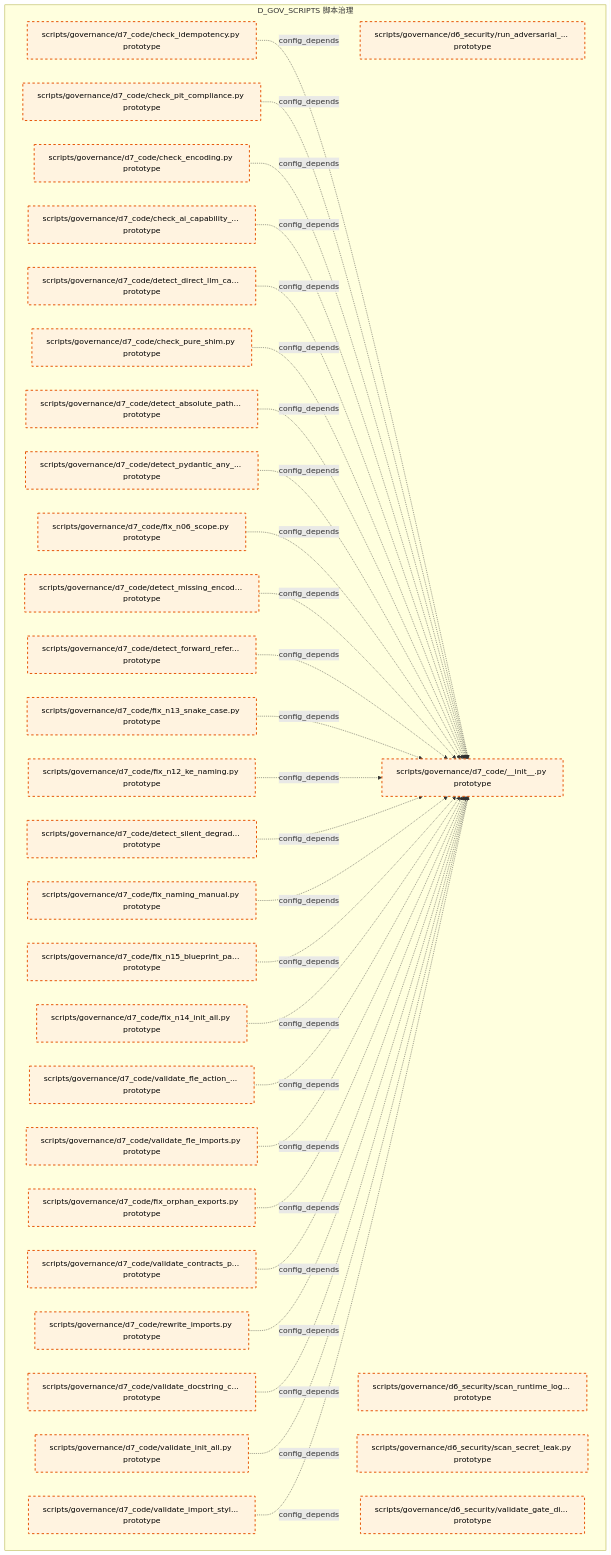
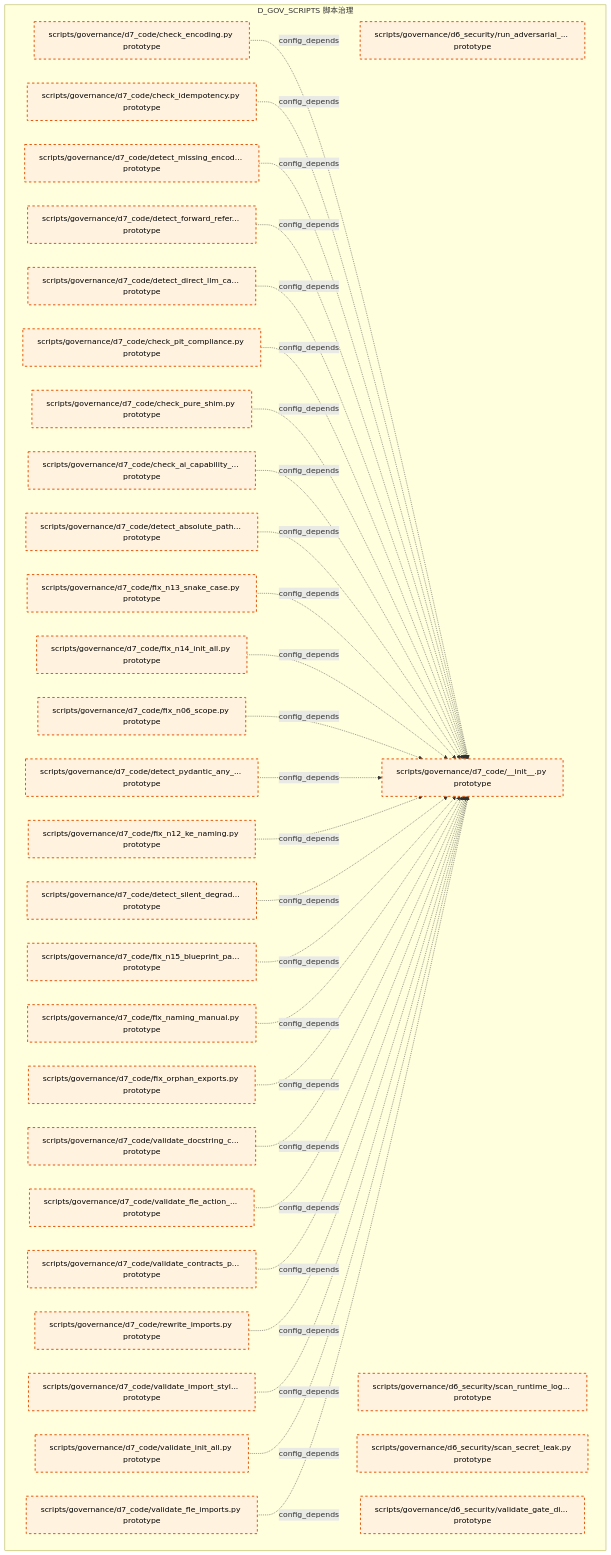
One commit to xuanFelixVan/ZephyrAlpha changed the tenth of 15 diagrams in docs/02_enterprise_architecture/02_domain_architecture_docs/39_d_gov_scripts.md. Above: the diagram before and after it, drawn with Mermaid. The commit also changed other lines of this file and 105 other files, not shown here.

````diff
--- a/docs/02_enterprise_architecture/02_domain_architecture_docs/39_d_gov_scripts.md
+++ b/docs/02_enterprise_architecture/02_domain_architecture_docs/39_d_gov_scripts.md
@@ -701,65 +697,65 @@
 ```mermaid
 graph TD
     subgraph D_GOV_SCRIPTS["D_GOV_SCRIPTS 脚本治理"]
         scripts_governance_d6_security_run_adversarial_checks_py["scripts/governance/d6_security/run_adversarial_... prototype"]
         scripts_governance_d6_security_scan_runtime_log_secrets_py["scripts/governance/d6_security/scan_runtime_log... prototype"]
         scripts_governance_d6_security_scan_secret_leak_py["scripts/governance/d6_security/scan_secret_leak.py prototype"]
         scripts_governance_d6_security_validate_gate_discipline_py["scripts/governance/d6_security/validate_gate_di... prototype"]
         scripts_governance_d7_code_init_py["scripts/governance/d7_code/__init__.py prototype"]
         scripts_governance_d7_code_check_ai_capability_boundary_py["scripts/governance/d7_code/check_ai_capability_... prototype"]
         scripts_governance_d7_code_check_encoding_py["scripts/governance/d7_code/check_encoding.py prototype"]
         scripts_governance_d7_code_check_idempotency_py["scripts/governance/d7_code/check_idempotency.py prototype"]
         scripts_governance_d7_code_check_pit_compliance_py["scripts/governance/d7_code/check_pit_compliance.py prototype"]
         scripts_governance_d7_code_check_pure_shim_py["scripts/governance/d7_code/check_pure_shim.py prototype"]
         scripts_governance_d7_code_detect_absolute_path_hardcoding_py["scripts/governance/d7_code/detect_absolute_path... prototype"]
         scripts_governance_d7_code_detect_direct_llm_calls_py["scripts/governance/d7_code/detect_direct_llm_ca... prototype"]
         scripts_governance_d7_code_detect_forward_reference_py["scripts/governance/d7_code/detect_forward_refer... prototype"]
         scripts_governance_d7_code_detect_missing_encoding_py["scripts/governance/d7_code/detect_missing_encod... prototype"]
         scripts_governance_d7_code_detect_pydantic_any_fields_py["scripts/governance/d7_code/detect_pydantic_any_... prototype"]
         scripts_governance_d7_code_detect_silent_degradation_py["scripts/governance/d7_code/detect_silent_degrad... prototype"]
         scripts_governance_d7_code_fix_n06_scope_py["scripts/governance/d7_code/fix_n06_scope.py prototype"]
         scripts_governance_d7_code_fix_n12_ke_naming_py["scripts/governance/d7_code/fix_n12_ke_naming.py prototype"]
         scripts_governance_d7_code_fix_n13_snake_case_py["scripts/governance/d7_code/fix_n13_snake_case.py prototype"]
         scripts_governance_d7_code_fix_n14_init_all_py["scripts/governance/d7_code/fix_n14_init_all.py prototype"]
         scripts_governance_d7_code_fix_n15_blueprint_path_py["scripts/governance/d7_code/fix_n15_blueprint_pa... prototype"]
         scripts_governance_d7_code_fix_naming_manual_py["scripts/governance/d7_code/fix_naming_manual.py prototype"]
         scripts_governance_d7_code_fix_orphan_exports_py["scripts/governance/d7_code/fix_orphan_exports.py prototype"]
         scripts_governance_d7_code_rewrite_imports_py["scripts/governance/d7_code/rewrite_imports.py prototype"]
         scripts_governance_d7_code_validate_contracts_purity_py["scripts/governance/d7_code/validate_contracts_p... prototype"]
         scripts_governance_d7_code_validate_docstring_coverage_py["scripts/governance/d7_code/validate_docstring_c... prototype"]
         scripts_governance_d7_code_validate_fle_action_metadata_py["scripts/governance/d7_code/validate_fle_action_... prototype"]
         scripts_governance_d7_code_validate_fle_imports_py["scripts/governance/d7_code/validate_fle_imports.py prototype"]
         scripts_governance_d7_code_validate_import_style_py["scripts/governance/d7_code/validate_import_styl... prototype"]
         scripts_governance_d7_code_validate_init_all_py["scripts/governance/d7_code/validate_init_all.py prototype"]
     end
+    scripts_governance_d7_code_check_encoding_py -.->|config_depends| scripts_governance_d7_code_init_py
     scripts_governance_d7_code_check_idempotency_py -.->|config_depends| scripts_governance_d7_code_init_py
-    scripts_governance_d7_code_check_pit_compliance_py -.->|config_depends| scripts_governance_d7_code_init_py
-    scripts_governance_d7_code_check_encoding_py -.->|config_depends| scripts_governance_d7_code_init_py
-    scripts_governance_d7_code_check_ai_capability_boundary_py -.->|config_depends| scripts_governance_d7_code_init_py
-    scripts_governance_d7_code_detect_direct_llm_calls_py -.->|config_depends| scripts_governance_d7_code_init_py
-    scripts_governance_d7_code_check_pure_shim_py -.->|config_depends| scripts_governance_d7_code_init_py
-    scripts_governance_d7_code_detect_absolute_path_hardcoding_py -.->|config_depends| scripts_governance_d7_code_init_py
-    scripts_governance_d7_code_detect_pydantic_any_fields_py -.->|config_depends| scripts_governance_d7_code_init_py
-    scripts_governance_d7_code_fix_n06_scope_py -.->|config_depends| scripts_governance_d7_code_init_py
     scripts_governance_d7_code_detect_missing_encoding_py -.->|config_depends| scripts_governance_d7_code_init_py
     scripts_governance_d7_code_detect_forward_reference_py -.->|config_depends| scripts_governance_d7_code_init_py
+    scripts_governance_d7_code_detect_direct_llm_calls_py -.->|config_depends| scripts_governance_d7_code_init_py
+    scripts_governance_d7_code_check_pit_compliance_py -.->|config_depends| scripts_governance_d7_code_init_py
+    scripts_governance_d7_code_check_pure_shim_py -.->|config_depends| scripts_governance_d7_code_init_py
+    scripts_governance_d7_code_check_ai_capability_boundary_py -.->|config_depends| scripts_governance_d7_code_init_py
+    scripts_governance_d7_code_detect_absolute_path_hardcoding_py -.->|config_depends| scripts_governance_d7_code_init_py
     scripts_governance_d7_code_fix_n13_snake_case_py -.->|config_depends| scripts_governance_d7_code_init_py
+    scripts_governance_d7_code_fix_n14_init_all_py -.->|config_depends| scripts_governance_d7_code_init_py
+    scripts_governance_d7_code_fix_n06_scope_py -.->|config_depends| scripts_governance_d7_code_init_py
+    scripts_governance_d7_code_detect_pydantic_any_fields_py -.->|config_depends| scripts_governance_d7_code_init_py
     scripts_governance_d7_code_fix_n12_ke_naming_py -.->|config_depends| scripts_governance_d7_code_init_py
     scripts_governance_d7_code_detect_silent_degradation_py -.->|config_depends| scripts_governance_d7_code_init_py
+    scripts_governance_d7_code_fix_n15_blueprint_path_py -.->|config_depends| scripts_governance_d7_code_init_py
     scripts_governance_d7_code_fix_naming_manual_py -.->|config_depends| scripts_governance_d7_code_init_py
-    scripts_governance_d7_code_fix_n15_blueprint_path_py -.->|config_depends| scripts_governance_d7_code_init_py
-    scripts_governance_d7_code_fix_n14_init_all_py -.->|config_depends| scripts_governance_d7_code_init_py
+    scripts_governance_d7_code_fix_orphan_exports_py -.->|config_depends| scripts_governance_d7_code_init_py
+    scripts_governance_d7_code_validate_docstring_coverage_py -.->|config_depends| scripts_governance_d7_code_init_py
     scripts_governance_d7_code_validate_fle_action_metadata_py -.->|config_depends| scripts_governance_d7_code_init_py
-    scripts_governance_d7_code_validate_fle_imports_py -.->|config_depends| scripts_governance_d7_code_init_py
-    scripts_governance_d7_code_fix_orphan_exports_py -.->|config_depends| scripts_governance_d7_code_init_py
     scripts_governance_d7_code_validate_contracts_purity_py -.->|config_depends| scripts_governance_d7_code_init_py
     scripts_governance_d7_code_rewrite_imports_py -.->|config_depends| scripts_governance_d7_code_init_py
-    scripts_governance_d7_code_validate_docstring_coverage_py -.->|config_depends| scripts_governance_d7_code_init_py
+    scripts_governance_d7_code_validate_import_style_py -.->|config_depends| scripts_governance_d7_code_init_py
     scripts_governance_d7_code_validate_init_all_py -.->|config_depends| scripts_governance_d7_code_init_py
-    scripts_governance_d7_code_validate_import_style_py -.->|config_depends| scripts_governance_d7_code_init_py
+    scripts_governance_d7_code_validate_fle_imports_py -.->|config_depends| scripts_governance_d7_code_init_py
     classDef production fill:#e1f5fe,stroke:#01579b,stroke-width:2px,color:#000
     classDef design fill:#fff3e0,stroke:#e65100,stroke-width:2px,color:#000,stroke-dasharray: 5 5
     classDef external_prod fill:#e8f5e9,stroke:#1b5e20,stroke-width:1px,color:#000
     classDef external_design fill:#fce4ec,stroke:#880e4f,stroke-width:1px,color:#000,stroke-dasharray: 5 5
     class scripts_governance_d6_security_run_adversarial_checks_py,scripts_governance_d6_security_scan_runtime_log_secrets_py,scripts_governance_d6_security_scan_secret_leak_py,scripts_governance_d6_security_validate_gate_discipline_py,scripts_governance_d7_code_init_py,scripts_governance_d7_code_check_ai_capability_boundary_py,scripts_governance_d7_code_check_encoding_py,scripts_governance_d7_code_check_idempotency_py,scripts_governance_d7_code_check_pit_compliance_py,scripts_governance_d7_code_check_pure_shim_py,scripts_governance_d7_code_detect_absolute_path_hardcoding_py,scripts_governance_d7_code_detect_direct_llm_calls_py,scripts_governance_d7_code_detect_forward_reference_py,scripts_governance_d7_code_detect_missing_encoding_py,scripts_governance_d7_code_detect_pydantic_any_fields_py,scripts_governance_d7_code_detect_silent_degradation_py,scripts_governance_d7_code_fix_n06_scope_py,scripts_governance_d7_code_fix_n12_ke_naming_py,scripts_governance_d7_code_fix_n13_snake_case_py,scripts_governance_d7_code_fix_n14_init_all_py,scripts_governance_d7_code_fix_n15_blueprint_path_py,scripts_governance_d7_code_fix_naming_manual_py,scripts_governance_d7_code_fix_orphan_exports_py,scripts_governance_d7_code_rewrite_imports_py,scripts_governance_d7_code_validate_contracts_purity_py,scripts_governance_d7_code_validate_docstring_coverage_py,scripts_governance_d7_code_validate_fle_action_metadata_py,scripts_governance_d7_code_validate_fle_imports_py,scripts_governance_d7_code_validate_import_style_py,scripts_governance_d7_code_validate_init_all_py design
 ```
````
